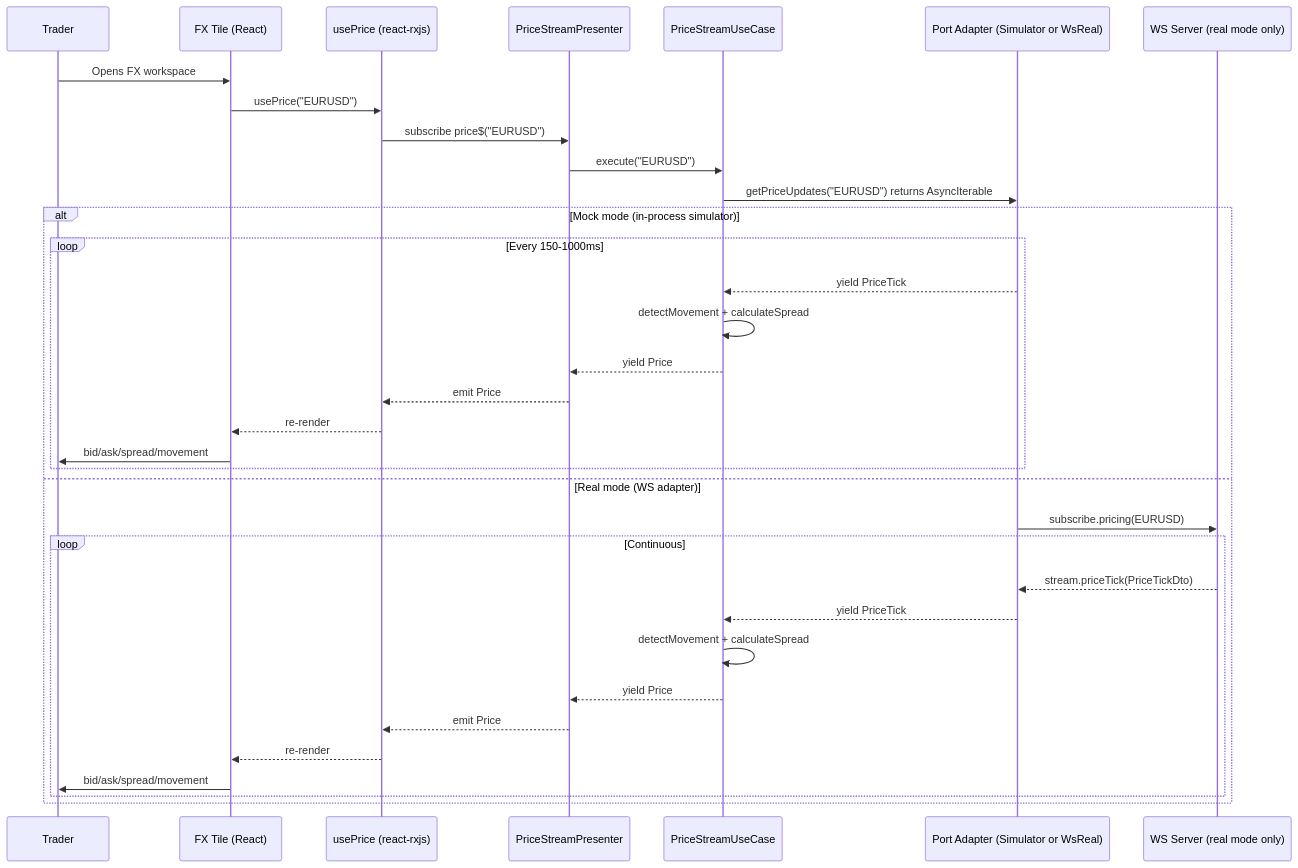
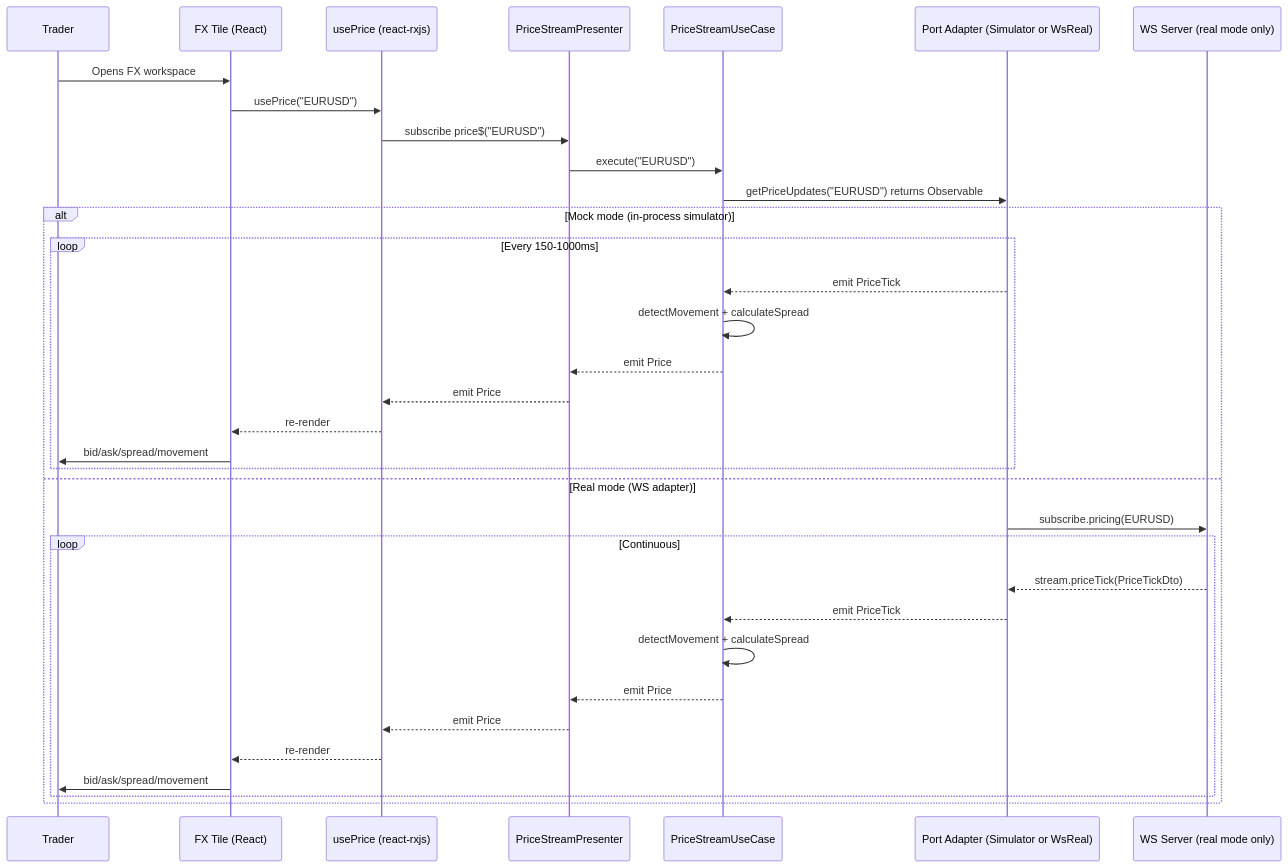
One commit to bettersoftware-io/ReactiveTraderCloudClone changed diagram 11 of 18 in docs/architecture.md. Above: the diagram before and after it, drawn with Mermaid. The commit also changed other lines of this file and 4 other files, not shown here.

Commit message:
refactor(domain): finalize Phase 2.6 — delete delay.ts, update architecture.md, mark STATUS done

````diff
--- a/docs/architecture.md
+++ b/docs/architecture.md
@@ -695,38 +711,38 @@
 ```mermaid
 sequenceDiagram
     participant Trader
     participant Tile as FX Tile (React)
     participant Hook as usePrice (react-rxjs)
     participant Presenter as PriceStreamPresenter
     participant UC as PriceStreamUseCase
     participant Adapter as Port Adapter (Simulator or WsReal)
     participant Server as WS Server (real mode only)
 
     Trader->>Tile: Opens FX workspace
     Tile->>Hook: usePrice("EURUSD")
     Hook->>Presenter: subscribe price$("EURUSD")
     Presenter->>UC: execute("EURUSD")
-    UC->>Adapter: getPriceUpdates("EURUSD") returns AsyncIterable
+    UC->>Adapter: getPriceUpdates("EURUSD") returns Observable
 
     alt Mock mode (in-process simulator)
         loop Every 150-1000ms
-            Adapter-->>UC: yield PriceTick
+            Adapter-->>UC: emit PriceTick
             UC->>UC: detectMovement + calculateSpread
-            UC-->>Presenter: yield Price
+            UC-->>Presenter: emit Price
             Presenter-->>Hook: emit Price
             Hook-->>Tile: re-render
             Tile->>Trader: bid/ask/spread/movement
         end
     else Real mode (WS adapter)
         Adapter->>Server: subscribe.pricing(EURUSD)
         loop Continuous
             Server-->>Adapter: stream.priceTick(PriceTickDto)
-            Adapter-->>UC: yield PriceTick
+            Adapter-->>UC: emit PriceTick
             UC->>UC: detectMovement + calculateSpread
-            UC-->>Presenter: yield Price
+            UC-->>Presenter: emit Price
             Presenter-->>Hook: emit Price
             Hook-->>Tile: re-render
             Tile->>Trader: bid/ask/spread/movement
         end
     end
 ```
````
